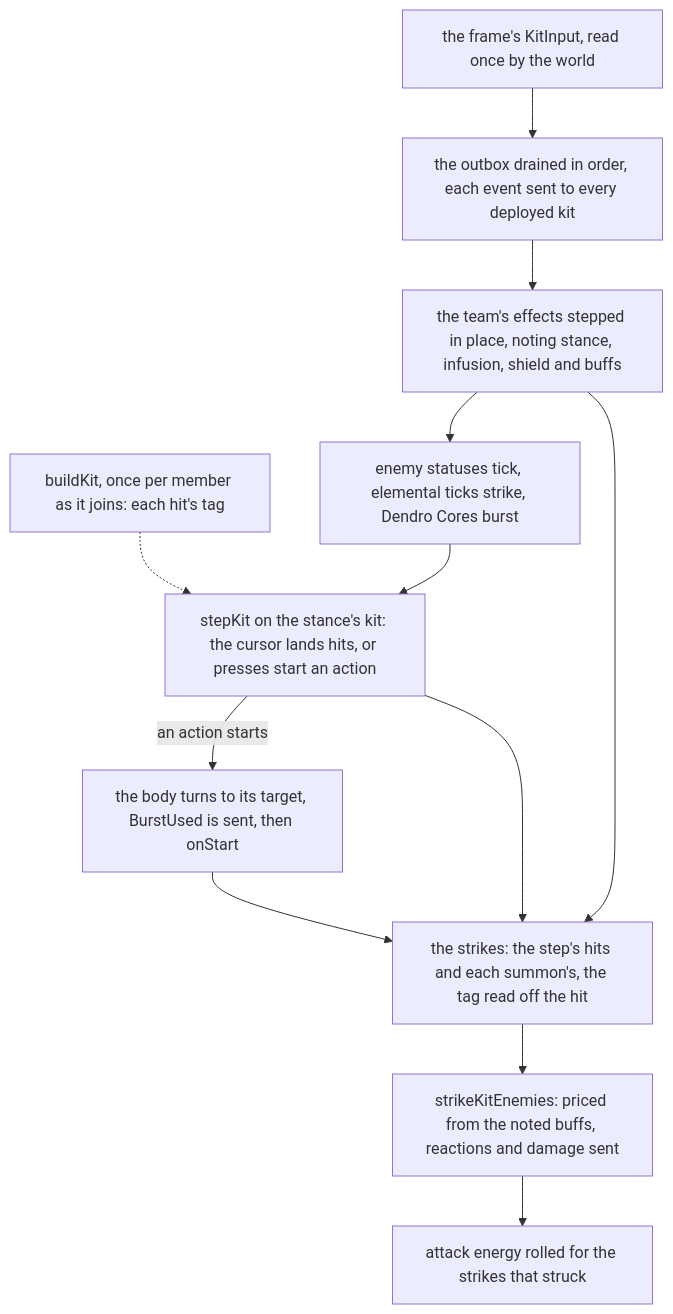
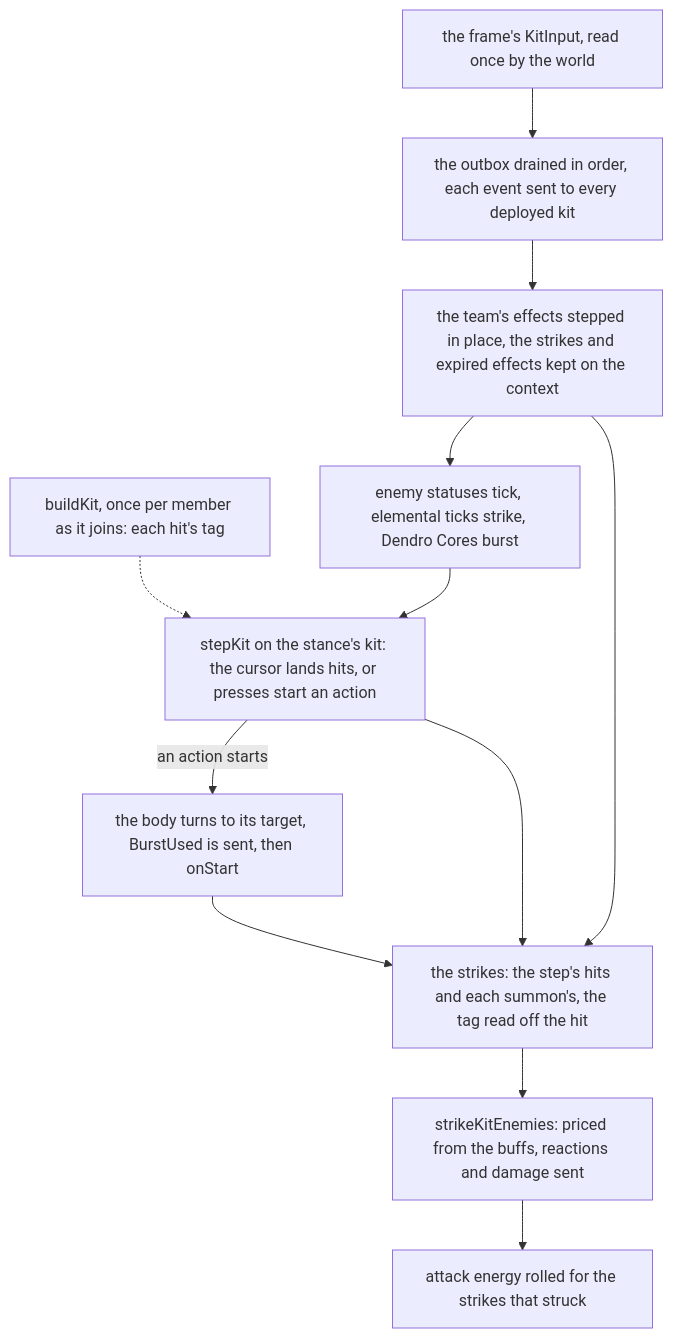
Before and after one commit to Esposter/Esposter: the second of 2 diagrams in apps/web/content/docs/proposals/genshin/kit-framework.md, drawn with Mermaid. The commit also changed other lines of this file and 71 other files, not shown here.

````diff
--- a/apps/web/content/docs/proposals/genshin/kit-framework.md
+++ b/apps/web/content/docs/proposals/genshin/kit-framework.md
@@ -302,15 +303,15 @@
 ```mermaid
 flowchart TD
   BUILD["buildKit, once per member as it joins: each hit's tag"]
   IN["the frame's KitInput, read once by the world"] --> DRAIN["the outbox drained in order, each event sent to every deployed kit"]
-  DRAIN --> EFFECTS["the team's effects stepped in place, noting stance, infusion, shield and buffs"]
+  DRAIN --> EFFECTS["the team's effects stepped in place, the strikes and expired effects kept on the context"]
   EFFECTS --> ENEMIES["enemy statuses tick, elemental ticks strike, Dendro Cores burst"]
   ENEMIES --> STEP["stepKit on the stance's kit: the cursor lands hits, or presses start an action"]
   BUILD -.-> STEP
   STEP -->|"an action starts"| START["the body turns to its target, BurstUsed is sent, then onStart"]
   STEP --> STRIKES["the strikes: the step's hits and each summon's, the tag read off the hit"]
   EFFECTS --> STRIKES
   START --> STRIKES
-  STRIKES --> PRICE["strikeKitEnemies: priced from the noted buffs, reactions and damage sent"]
+  STRIKES --> PRICE["strikeKitEnemies: priced from the buffs, reactions and damage sent"]
   PRICE --> ENERGY["attack energy rolled for the strikes that struck"]
 ```
````
